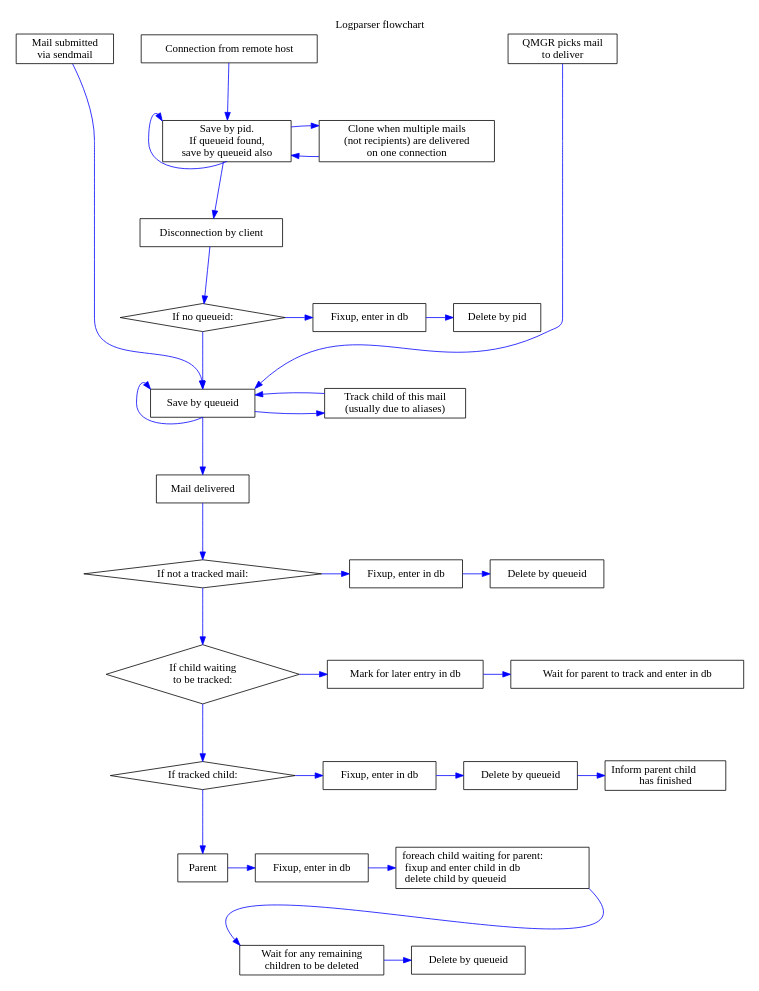
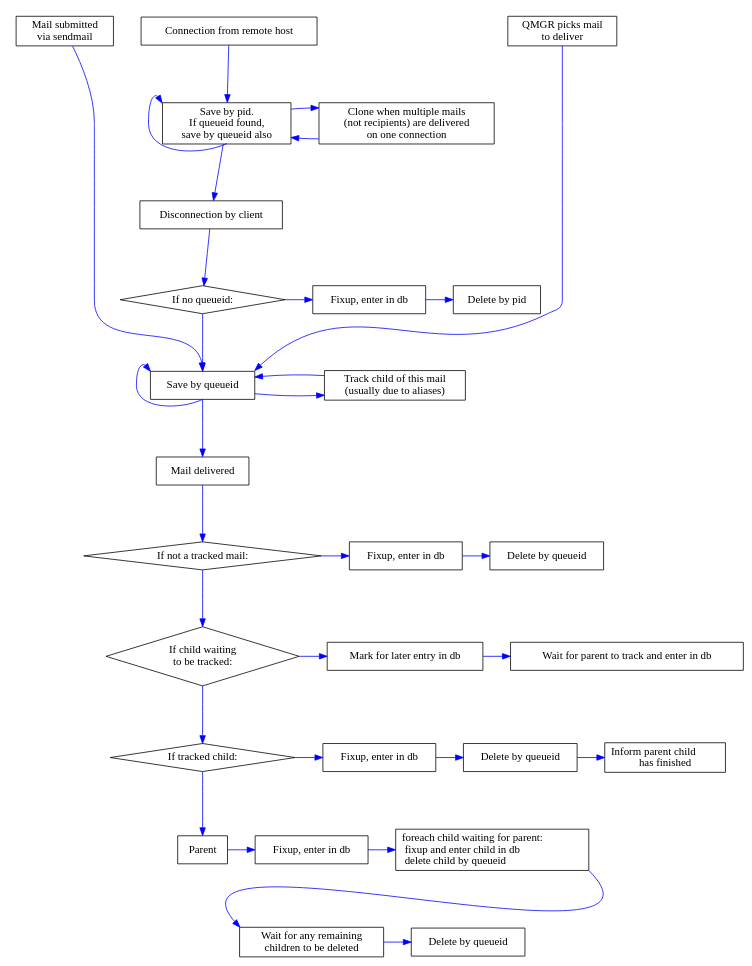
The diagram in doc/logparser-flow-chart.dot (tobinjt/ASO), drawn with Graphviz before and after one commit.

Commit message:
Removed the label, shrunk the output slightly so it fits on the page underneath a section heading.

```diff
--- a/doc/logparser-flow-chart.dot
+++ b/doc/logparser-flow-chart.dot
@@ -1,172 +1,172 @@
 /* vim: set textwidth=160 : */
 /* $Id$ */
 
 digraph logparser {
     graph [
-        size = "6.8, 8.0"
+        size = "6.8, 7.7"
         margin = "0"
         center = true
-        label = "Logparser flowchart"
+//        label = "Logparser flowchart"
         labelloc = "t"
     ]
     node [
         shape = box
     ]
     edge [
         color = blue
         fontcolor = red
         minlen = 2
     ]
 
     /* EDGES */
     /* Connect from client */
     connect                         -> { save_by_pid }
     save_by_pid                     -> { save_by_pid } [dir = back, headport = s, tailport = nw]
     save_by_pid                     -> { disconnect }
     clone                           -> { save_by_pid }
     save_by_pid                     -> { clone }
 
     /* Disconnect without queueid */
     disconnect                      -> { if_no_queueid }
     if_no_queueid                   -> { fixup_enter_in_db_disconnect }
     fixup_enter_in_db_disconnect    -> { delete_by_pid_disconnect }
 
     /* Disconnect with queueid */
     if_no_queueid                   -> { save_by_queueid } [weight = 5]
 
     /* Misc entry */
     pickup                          -> { save_by_queueid } [headport = n]
     qmgr_chooses_mail               -> { save_by_queueid } [headport = ne]
     /* Graph placement */
     connect                         -> { pickup } [style = invis, weight = 0]
     connect                         -> { qmgr_chooses_mail } [style = invis, weight = 0]
 
     /* Save results by queueid */
     save_by_queueid                 -> { track } [minlen = 5]
     track                           -> { save_by_queueid }
     save_by_queueid                 -> { save_by_queueid } [dir = back, headport = s, tailport = nw]
     save_by_queueid                 -> { commit }
 
     /* Commit is complicated */
     /* Neither parent nor child. */
     commit                          -> { if_neither_parent_nor_child }
     if_neither_parent_nor_child     -> { fixup_enter_in_db_npc }
     fixup_enter_in_db_npc           -> { delete_npc }
     /* Untracked child */
     if_neither_parent_nor_child     -> { if_untracked_child }
     if_untracked_child              -> { mark_for_commit }
     mark_for_commit                 -> { wait_for_parent_to_commit_me }
     if_untracked_child              -> { if_tracked_child }
     /* Tracked child */
     if_tracked_child                -> { fixup_enter_in_db_tc }
     fixup_enter_in_db_tc            -> { delete_tc }
     delete_tc                       -> { maybe_delete_parent }
     /* Parent */
     if_tracked_child                -> { parent }
     parent                          -> { fixup_enter_in_db_parent }
     fixup_enter_in_db_parent        -> { commit_children }
     /* This next edge pulls wait_for_children_to_be_deleted leftwards */
     fixup_enter_in_db_parent        -> { wait_for_children_to_be_deleted } [style = invis]
     commit_children                 -> { wait_for_children_to_be_deleted } [headport = nw, tailport = se, weight = 0]
     wait_for_children_to_be_deleted -> { delete_parent }
 
     /* NODE LABELS */
     save_by_pid                     [label = "Save by pid.\nIf queueid found,\nsave by queueid also"]
     connect                         [label = "Connection from remote host"]
     clone                           [label = "Clone when multiple mails\n(not recipients) are delivered\non one connection"]
 
     /* Disconnect without queueid */
     disconnect                      [label = "Disconnection by client"]
     if_no_queueid                   [label = "If no queueid:", shape = diamond]
     fixup_enter_in_db_disconnect    [label = "Fixup, enter in db"]
     delete_by_pid_disconnect        [label = "Delete by pid"]
 
     /* Disconnect with queueid - already covered */
 
     /* Misc entry */
     pickup                          [label = "Mail submitted\nvia sendmail"]
     qmgr_chooses_mail               [label = "QMGR picks mail\nto deliver"]
 
     /* Save results by queueid */
     save_by_queueid                 [label = "Save by queueid"]
     track                           [label = "Track child of this mail\n(usually due to aliases)"]
 
     /* Commit is complicated */
     /* Neither parent nor child. */
     commit                          [label = "Mail delivered"]
     if_neither_parent_nor_child     [label = "If not a tracked mail:", shape = diamond]
     fixup_enter_in_db_npc           [label = "Fixup, enter in db"]
     delete_npc                      [label = "Delete by queueid"]
 
     /* Untracked child */
     if_untracked_child              [label = "If child waiting\nto be tracked:", shape = diamond]
     mark_for_commit                 [label = "Mark for later entry in db"]
     wait_for_parent_to_commit_me    [label = "Wait for parent to track and enter in db"]
 
     /* Tracked child */
     if_tracked_child                [label = "If tracked child:", shape = diamond]
     fixup_enter_in_db_tc            [label = "Fixup, enter in db"]
     delete_tc                       [label = "Delete by queueid"]
     maybe_delete_parent             [label = "Inform parent child\lhas finished"]
 
     /* Parent */
     parent                          [label = "Parent"]
     fixup_enter_in_db_parent        [label = "Fixup, enter in db"]
     commit_children                 [label = "foreach child waiting for parent:\l  fixup and enter child in db\l  delete child by queueid\l", labeljust = l]
     delete_parent                   [label = "Delete by queueid"]
     wait_for_children_to_be_deleted [label = "Wait for any remaining \nchildren to be deleted"]
 
     /* SUB-GRAPHS */
     subgraph sources {
         rank = source
         pickup
         qmgr_chooses_mail
         connect
     }
     subgraph clone_or_save {
         rank = same
         clone
         save_by_pid
     }
     subgraph disconnect_without_queueid {
         rank = same
         if_no_queueid
         fixup_enter_in_db_disconnect
         delete_by_pid_disconnect
     }
     subgraph save_or_track {
         rank = same
         track
         save_by_queueid
     }
     subgraph not_tracked {
         rank = same
         if_neither_parent_nor_child
         fixup_enter_in_db_npc
         delete_npc
     }
     subgraph untracked_child {
         rank = same
         if_untracked_child
         mark_for_commit
         wait_for_parent_to_commit_me
     }
     subgraph tracked_child {
         rank = same
         if_tracked_child
         fixup_enter_in_db_tc
         delete_tc
         maybe_delete_parent
     }
     subgraph parent {
         rank = same
         parent
         fixup_enter_in_db_parent
         commit_children
     }
     subgraph parent_waiting {
         rank = same
         wait_for_children_to_be_deleted
         delete_parent
     }
 }
```
